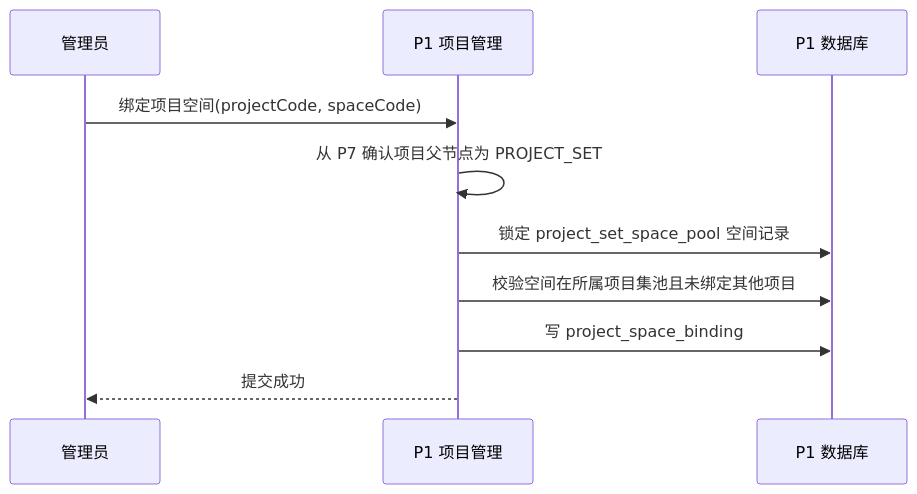
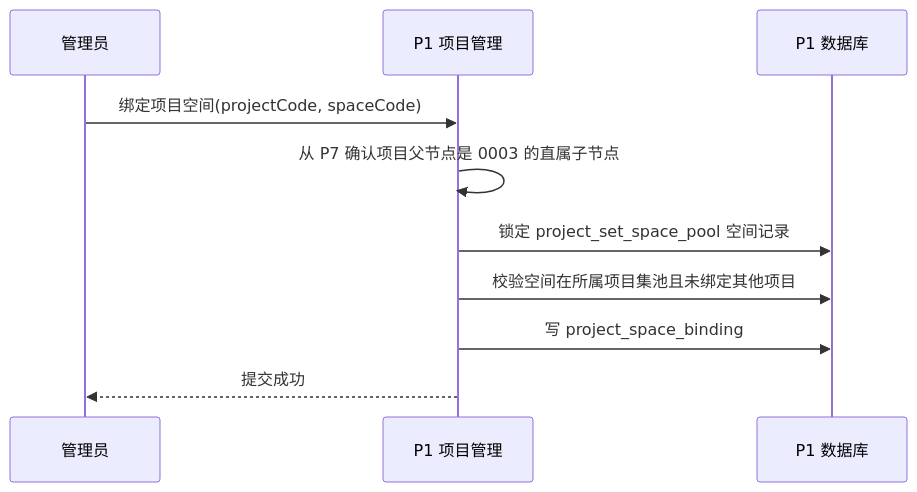
The third of 3 diagrams in ai-guidance/products/company/device-inspection-platform/decisions/project-set-project-management.md (cnxutu/tu-devkit), drawn with Mermaid before and after one commit. The commit also changed other lines of this file and 8 other files, not shown here.

First line of the commit message:
feat(SKILL): 新增原型图解析skill

````diff
--- a/ai-guidance/products/company/device-inspection-platform/decisions/project-set-project-management.md
+++ b/ai-guidance/products/company/device-inspection-platform/decisions/project-set-project-management.md
@@ -59,12 +61,12 @@
 ```mermaid
 sequenceDiagram
   participant U as 管理员
   participant P1 as P1 项目管理
   participant DB as P1 数据库
   U->>P1: 绑定项目空间(projectCode, spaceCode)
-  P1->>P1: 从 P7 确认项目父节点为 PROJECT_SET
+  P1->>P1: 从 P7 确认项目父节点是 0003 的直属子节点
   P1->>DB: 锁定 project_set_space_pool 空间记录
   P1->>DB: 校验空间在所属项目集池且未绑定其他项目
   P1->>DB: 写 project_space_binding
   P1-->>U: 提交成功
 ```
````
